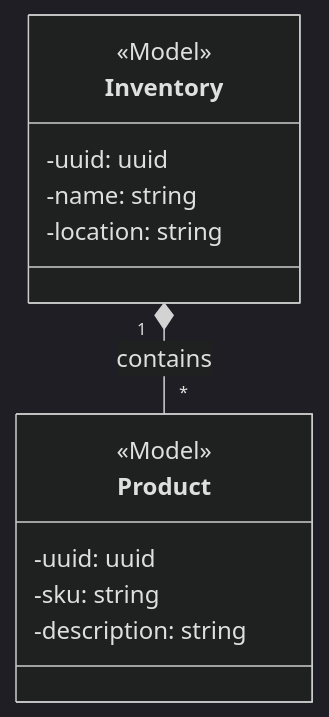
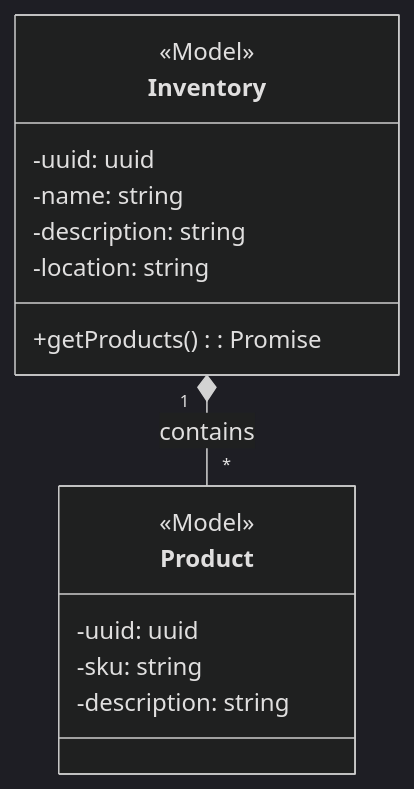
Before and after one commit to bruwyvn/mini-erp: the diagram in README.md, drawn with Mermaid (dark theme). The commit also changed 7 other files, not shown here.

````diff
--- a/README.md
+++ b/README.md
@@ -3,18 +3,20 @@
 ```mermaid
 classDiagram
   class Inventory {
     <<Model>>
     -uuid: uuid
     -name: string
+    -description: string
     -location: string
+    +getProducts(): Promise<Product[]>
   }
 
   class Product {
     <<Model>>
     -uuid: uuid
     -sku: string
     -description: string
   }
 
   Inventory "1" *-- "*" Product : contains
 ```
````
